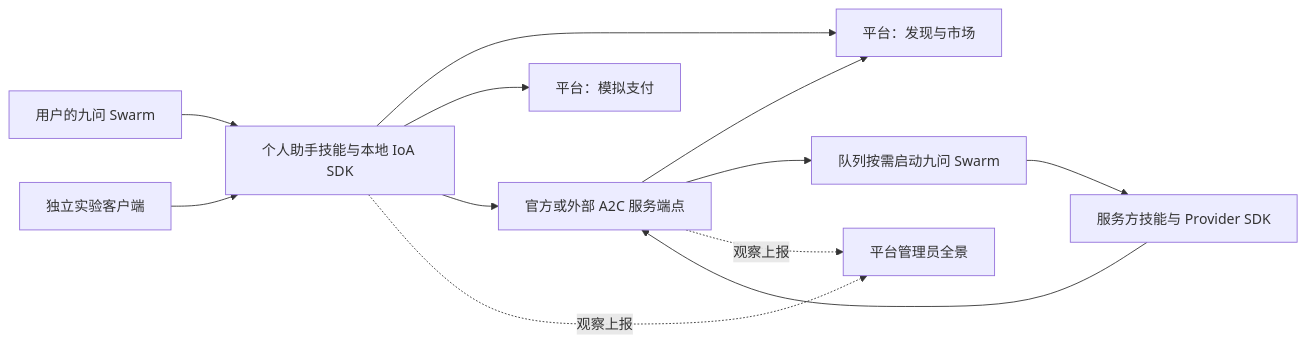
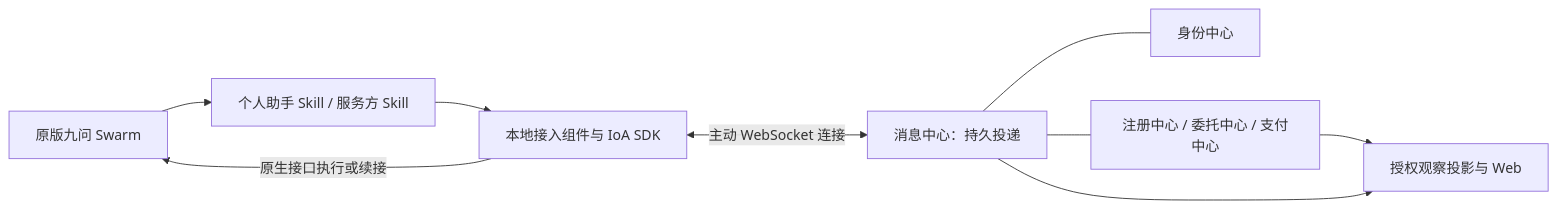
One commit to Weizheng96/Jiuwen-IoA-Lab changed the diagram in 设计/边界与组件.md. Above: the diagram before and after it, drawn with Mermaid. The commit also changed other lines of this file and 28 other files, not shown here.

````diff
--- a/设计/边界与组件.md
+++ b/设计/边界与组件.md
@@ -13,14 +26,11 @@
 ```mermaid
 flowchart LR
-    U[用户的九问 Swarm] --> C[个人助手技能与本地 IoA SDK]
-    C --> M[平台：发现与市场]
-    C --> P[平台：模拟支付]
-    C --> S[官方或外部 A2C 服务端点]
-    S --> M
-    S --> W[队列按需启动九问 Swarm]
-    W --> K[服务方技能与 Provider SDK]
-    K --> S
-    C -.观察上报.-> O[平台管理员全景]
-    S -.观察上报.-> O
-    X[独立实验客户端] --> C
+    S[原版九问 Swarm] --> K[个人助手 Skill / 服务方 Skill]
+    K --> R[本地接入组件与 IoA SDK]
+    R -->|原生接口执行或续接| S
+    R <-->|主动 WebSocket 连接| M[消息中心：持久投递]
+    M --- I[身份中心]
+    M --- D[注册中心 / 委托中心 / 支付中心]
+    D --> O[授权观察投影与 Web]
+    M --> O
 ```
````
